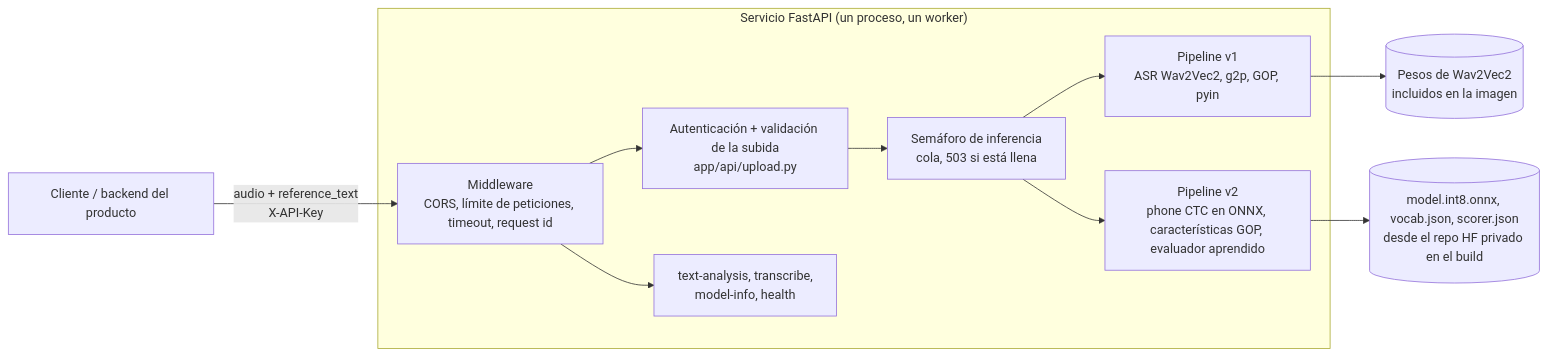
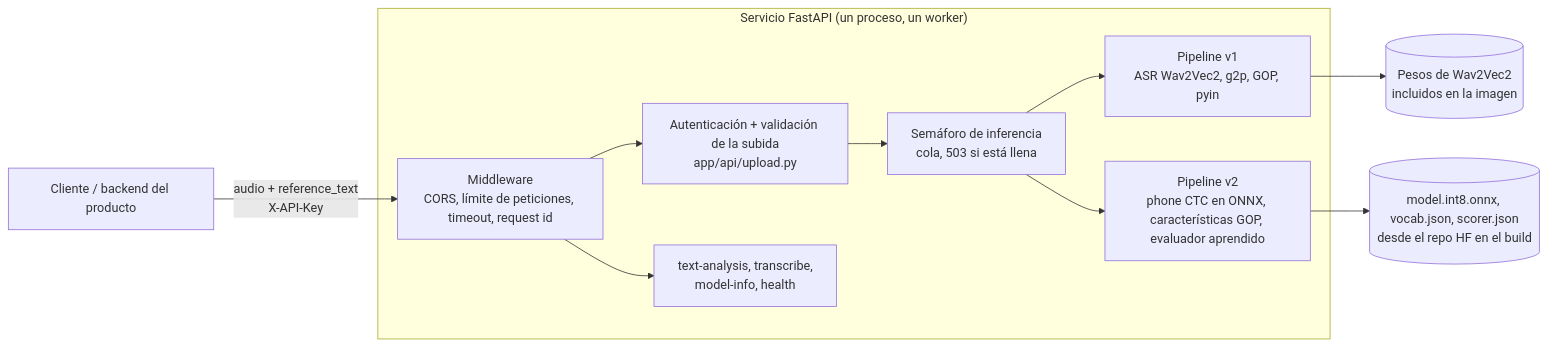
The first of 4 diagrams in languages/es/docs/architecture.md (dris1153/pronunciation-service), drawn with Mermaid before and after one commit. The commit also changed other lines of this file and 40 other files, not shown here.

````diff
--- a/languages/es/docs/architecture.md
+++ b/languages/es/docs/architecture.md
@@ -9,13 +9,13 @@
 ```mermaid
 flowchart LR
     client["Cliente / backend del producto"] -->|"audio + reference_text<br/>X-API-Key"| mw
     subgraph svc["Servicio FastAPI (un proceso, un worker)"]
         mw["Middleware<br/>CORS, límite de peticiones, timeout, request id"] --> val["Autenticación + validación de la subida<br/>app/api/upload.py"]
         val --> sem["Semáforo de inferencia<br/>cola, 503 si está llena"]
         sem --> v1["Pipeline v1<br/>ASR Wav2Vec2, g2p, GOP, pyin"]
         sem --> v2["Pipeline v2<br/>phone CTC en ONNX, características GOP, evaluador aprendido"]
         mw --> misc["text-analysis, transcribe,<br/>model-info, health"]
     end
     v1 --> w1[("Pesos de Wav2Vec2<br/>incluidos en la imagen")]
-    v2 --> w2[("model.int8.onnx, vocab.json, scorer.json<br/>desde el repo HF privado en el build")]
+    v2 --> w2[("model.int8.onnx, vocab.json, scorer.json<br/>desde el repo HF en el build")]
 ```
````
